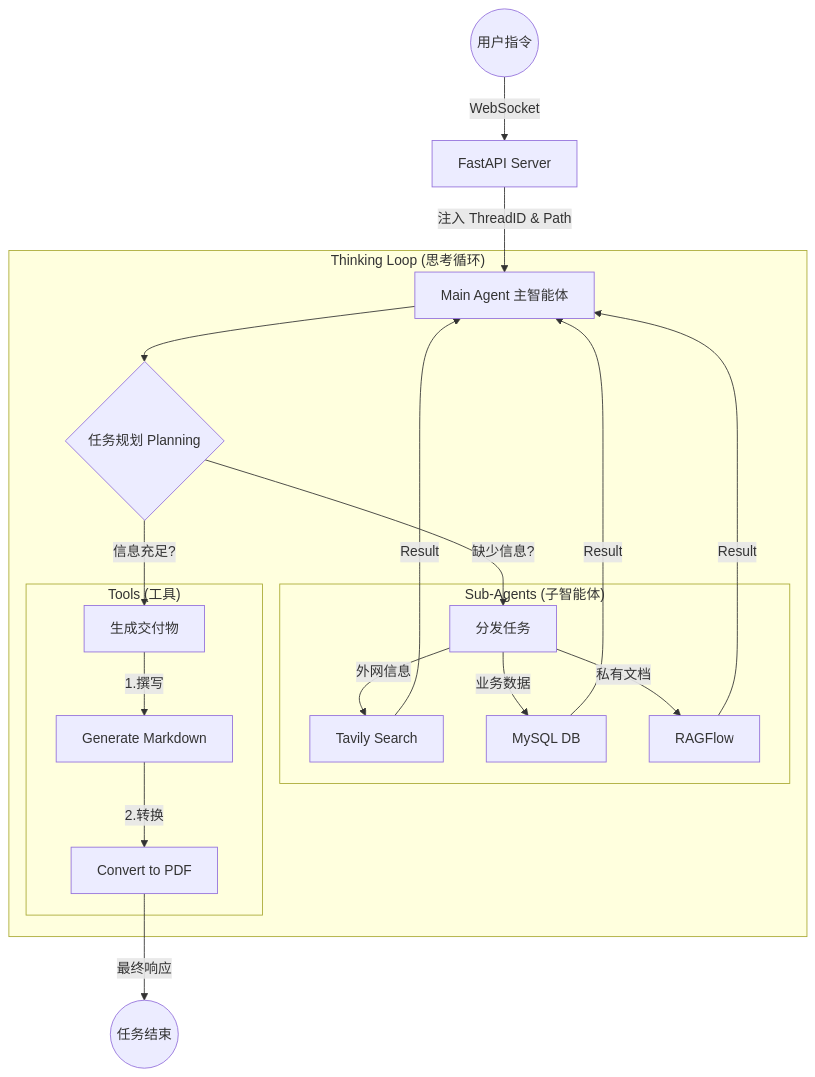
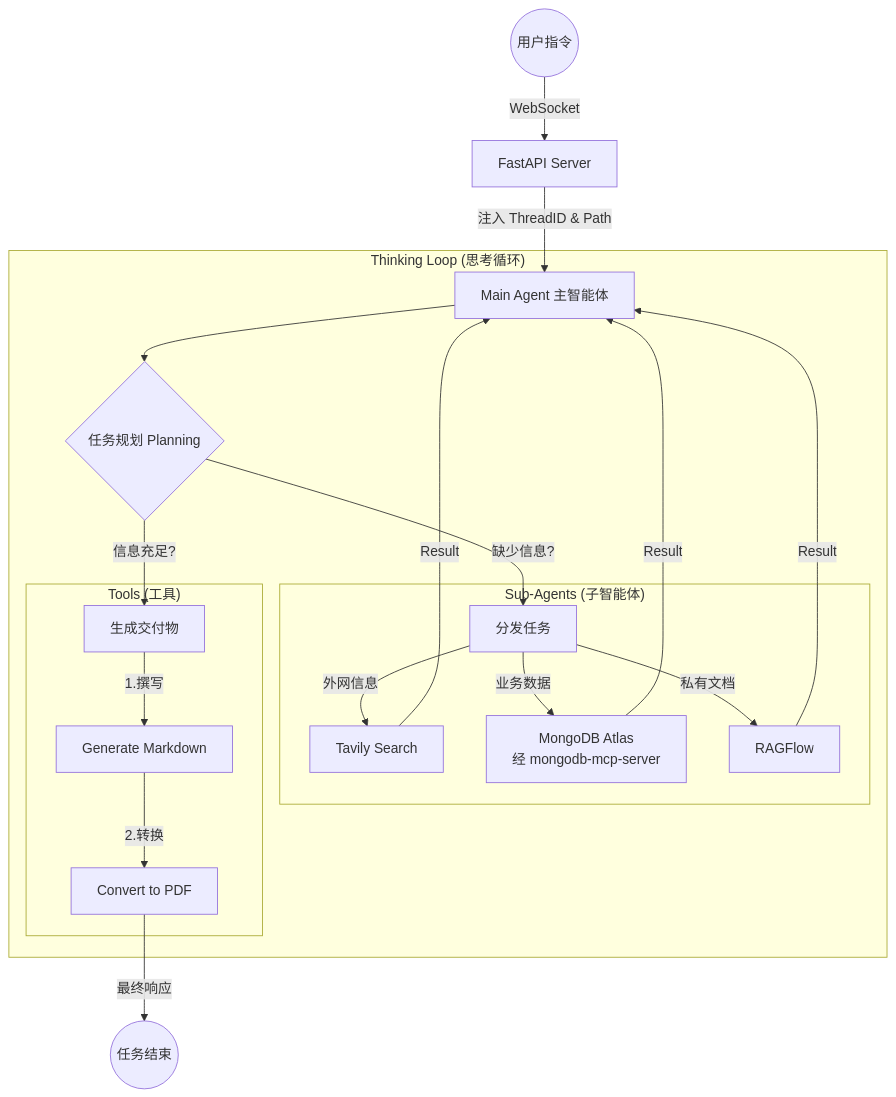
Before and after one commit to pat-CIMAR-UF/deep_search: the first of 4 diagrams in 深度搜索项目文档.md, drawn with Mermaid. The commit also changed other lines of this file and 21 other files, not shown here.

First line of the commit message:
refactor: replace MySQL database tools with MongoDB accessed through mongodb-mcp-server

````diff
--- a/深度搜索项目文档.md
+++ b/深度搜索项目文档.md
@@ -2123,28 +2123,28 @@
 ```mermaid
 graph TD
     Start((用户指令)) -->|WebSocket| Server[FastAPI Server]
     Server -->|注入 ThreadID & Path| Main[Main Agent 主智能体]
     
     subgraph "Thinking Loop (思考循环)"
         Main --> Plan{任务规划 Planning}
         Plan -->|缺少信息?| Dispatch[分发任务]
         Plan -->|信息充足?| Generate[生成交付物]
         
         subgraph "Sub-Agents (子智能体)"
             Dispatch -->|外网信息| Tavily[Tavily Search]
-            Dispatch -->|业务数据| DB[MySQL DB]
+            Dispatch -->|业务数据| DB[MongoDB Atlas<br/>经 mongodb-mcp-server]
             Dispatch -->|私有文档| RAG[RAGFlow]
         end
         
         Tavily -->|Result| Main
         DB -->|Result| Main
         RAG -->|Result| Main
         
         subgraph "Tools (工具)"
             Generate -->|1.撰写| MD[Generate Markdown]
             MD -->|2.转换| PDF[Convert to PDF]
         end
     end
     
     PDF -->|最终响应| End((任务结束))
 ```
````
